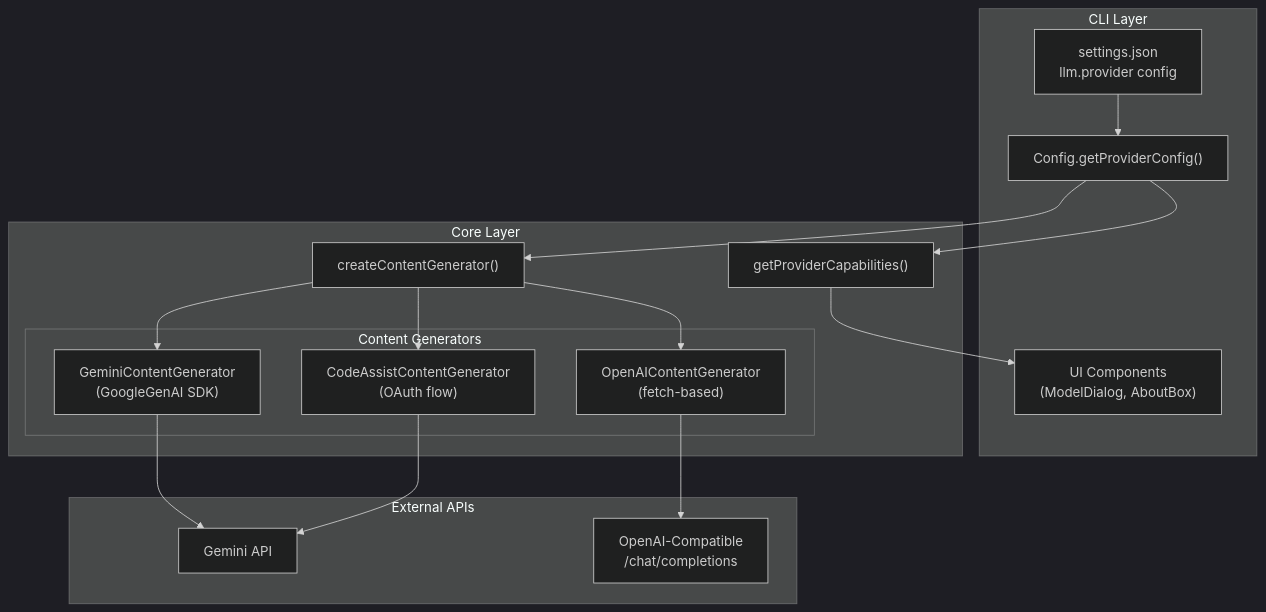
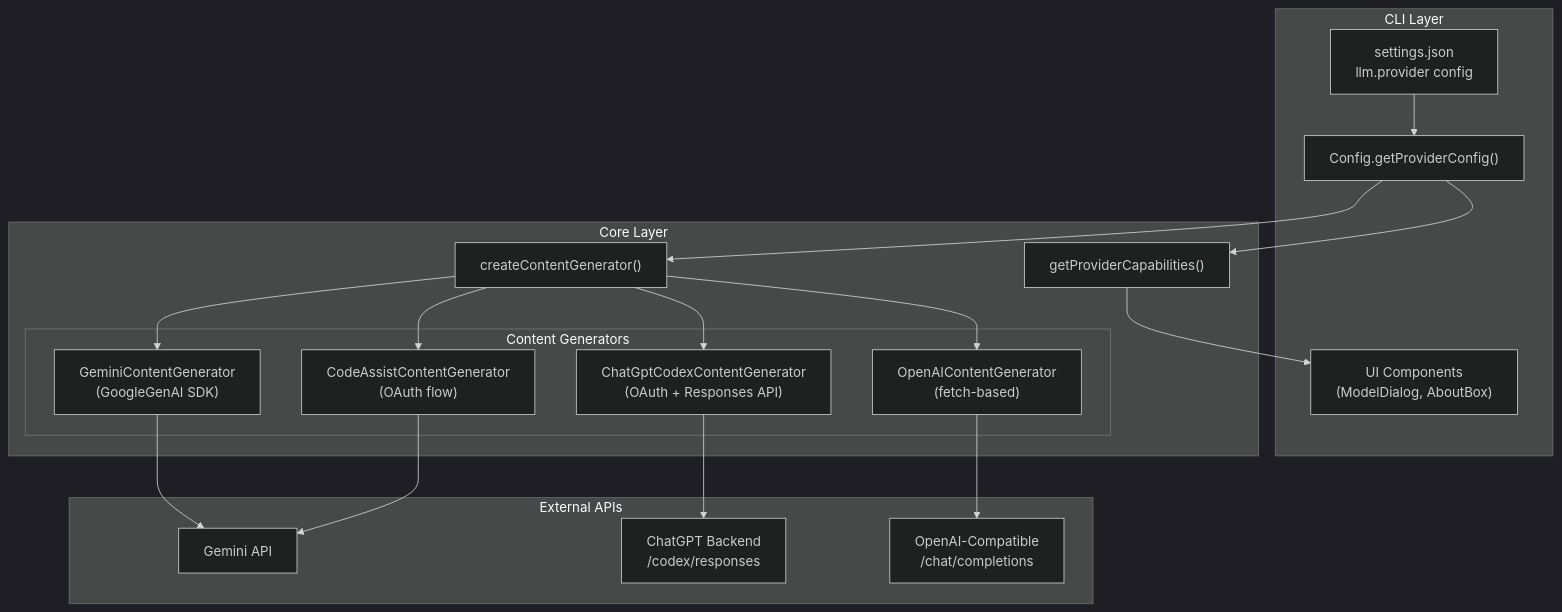
One commit to kp-fork/terminaI changed the first of 3 diagrams in docs-terminai/multi-llm-support.md. Above: the diagram before and after it, drawn with Mermaid (dark theme). The commit also changed other lines of this file and 50 other files, not shown here.

````diff
--- a/docs-terminai/multi-llm-support.md
+++ b/docs-terminai/multi-llm-support.md
@@ -15,35 +18,39 @@
 ```mermaid
 flowchart TB
     subgraph CLI["CLI Layer"]
         Settings["settings.json<br/>llm.provider config"]
         Config["Config.getProviderConfig()"]
         UI["UI Components<br/>(ModelDialog, AboutBox)"]
     end
 
     subgraph Core["Core Layer"]
         Factory["createContentGenerator()"]
         Capabilities["getProviderCapabilities()"]
 
         subgraph Generators["Content Generators"]
             Gemini["GeminiContentGenerator<br/>(GoogleGenAI SDK)"]
+            ChatGPT["ChatGptCodexContentGenerator<br/>(OAuth + Responses API)"]
             OpenAI["OpenAIContentGenerator<br/>(fetch-based)"]
             CodeAssist["CodeAssistContentGenerator<br/>(OAuth flow)"]
         end
     end
 
     subgraph External["External APIs"]
         GeminiAPI["Gemini API"]
+        ChatGPTAPI["ChatGPT Backend<br/>/codex/responses"]
         OpenAIAPI["OpenAI-Compatible<br/>/chat/completions"]
     end
 
     Settings --> Config
     Config --> Factory
     Config --> Capabilities
     Capabilities --> UI
     Factory --> Gemini
+    Factory --> ChatGPT
     Factory --> OpenAI
     Factory --> CodeAssist
     Gemini --> GeminiAPI
+    ChatGPT --> ChatGPTAPI
     OpenAI --> OpenAIAPI
     CodeAssist --> GeminiAPI
 ```
````
